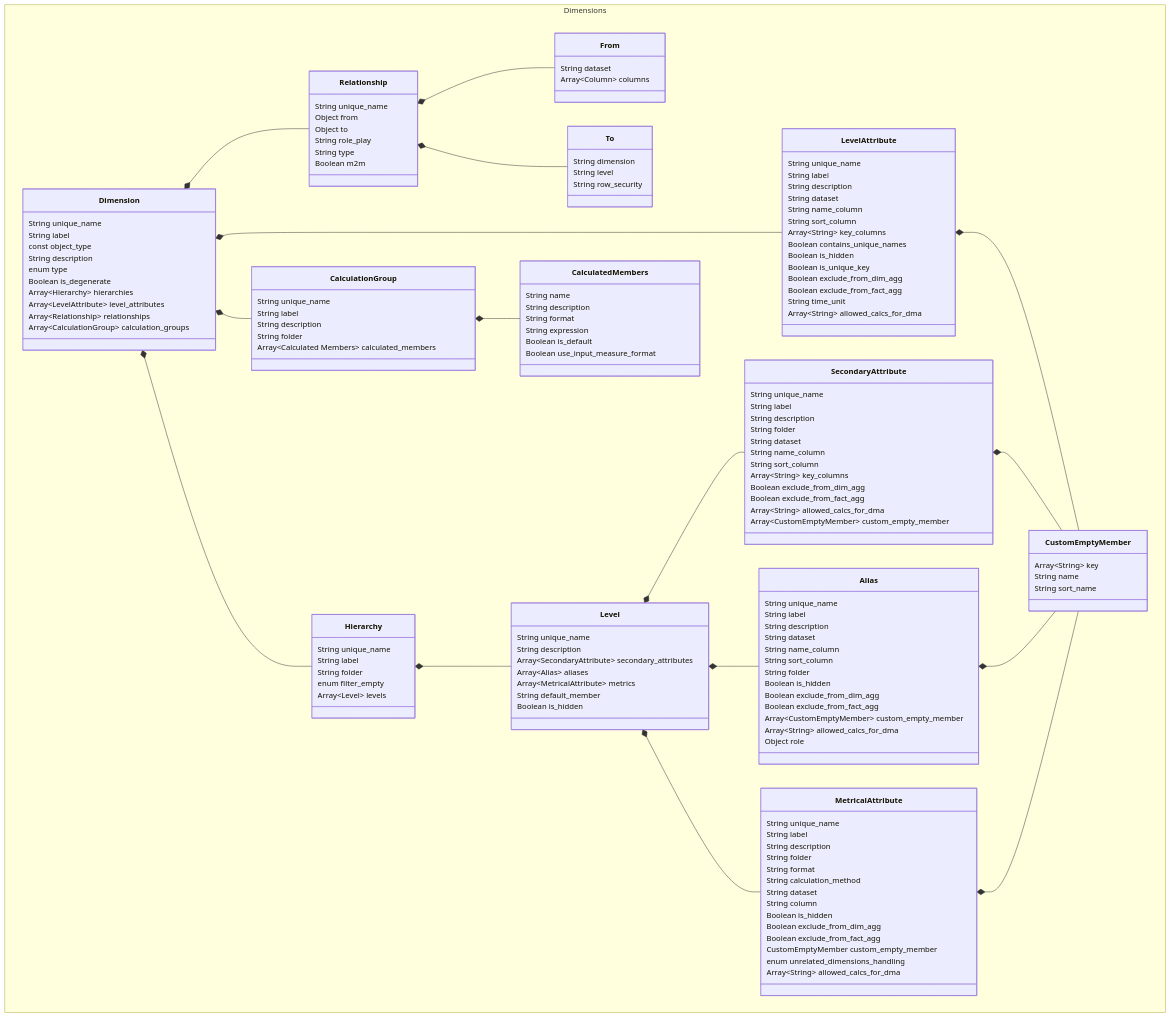
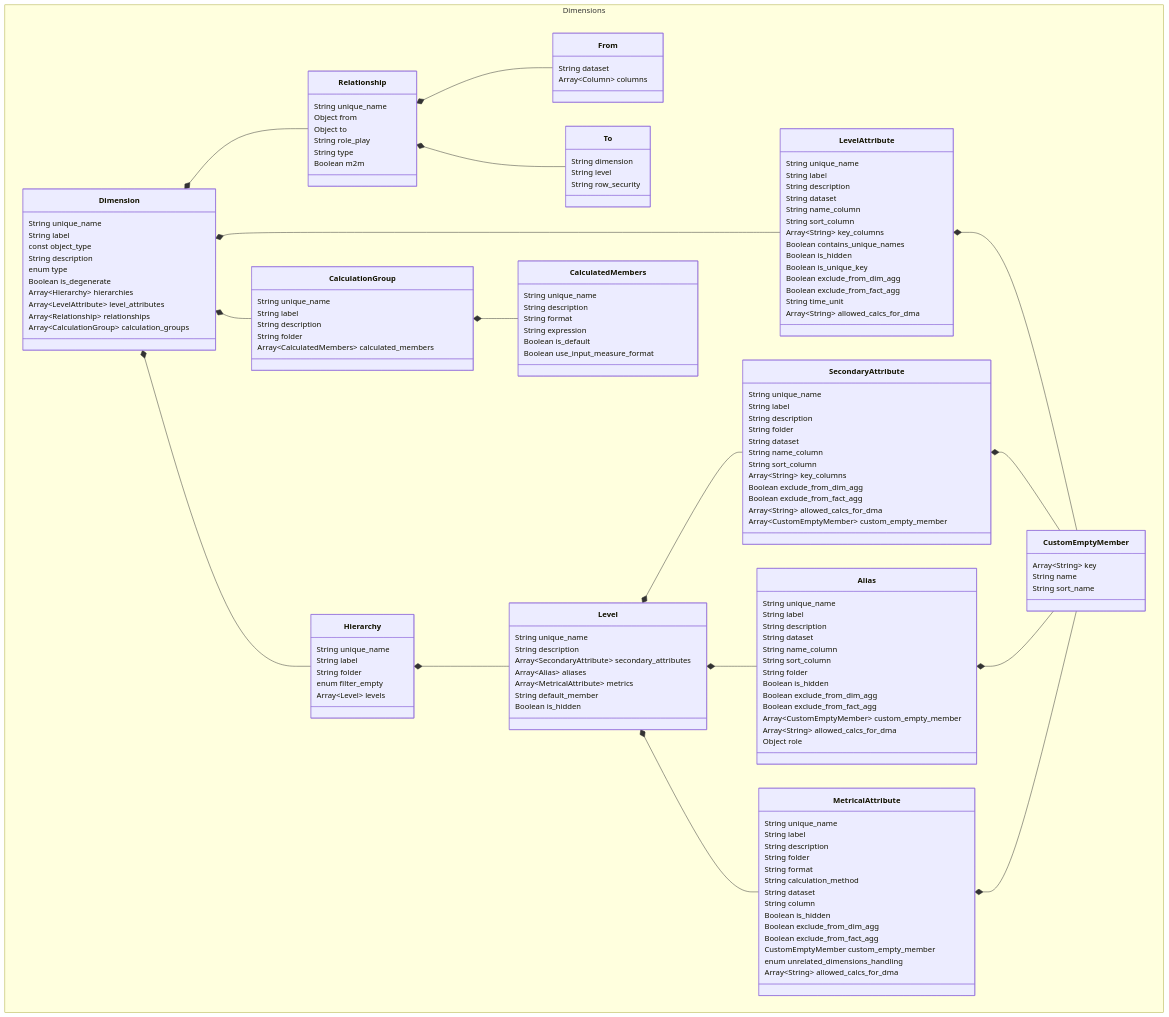
Before and after one commit to AlchemyTechLabsInc/SML: the diagram in sml-reference/dimensions.md, drawn with Mermaid.

Commit message:
updated terminology for calculated groups/members

```diff
--- a/sml-reference/dimensions.md
+++ b/sml-reference/dimensions.md
@@ -159,7 +159,7 @@
     Level *-- SecondaryAttribute
     Level *-- MetricalAttribute
     Level *-- Alias
-    CalculationGroup *-- Calculated Members
+    CalculationGroup *-- CalculatedMembers
     SecondaryAttribute *-- CustomEmptyMember
     Alias *-- CustomEmptyMember
     MetricalAttribute *-- CustomEmptyMember    
@@ -280,10 +280,10 @@
       String label
       String description
       String folder
-      Array~Calculated Members~ calculated_members
+      Array~CalculatedMembers~ calculated_members
     }
-    class Calculated Members{
-      String name
+    class CalculatedMembers{
+      String unique_name
       String description
       String format
       String expression
```
